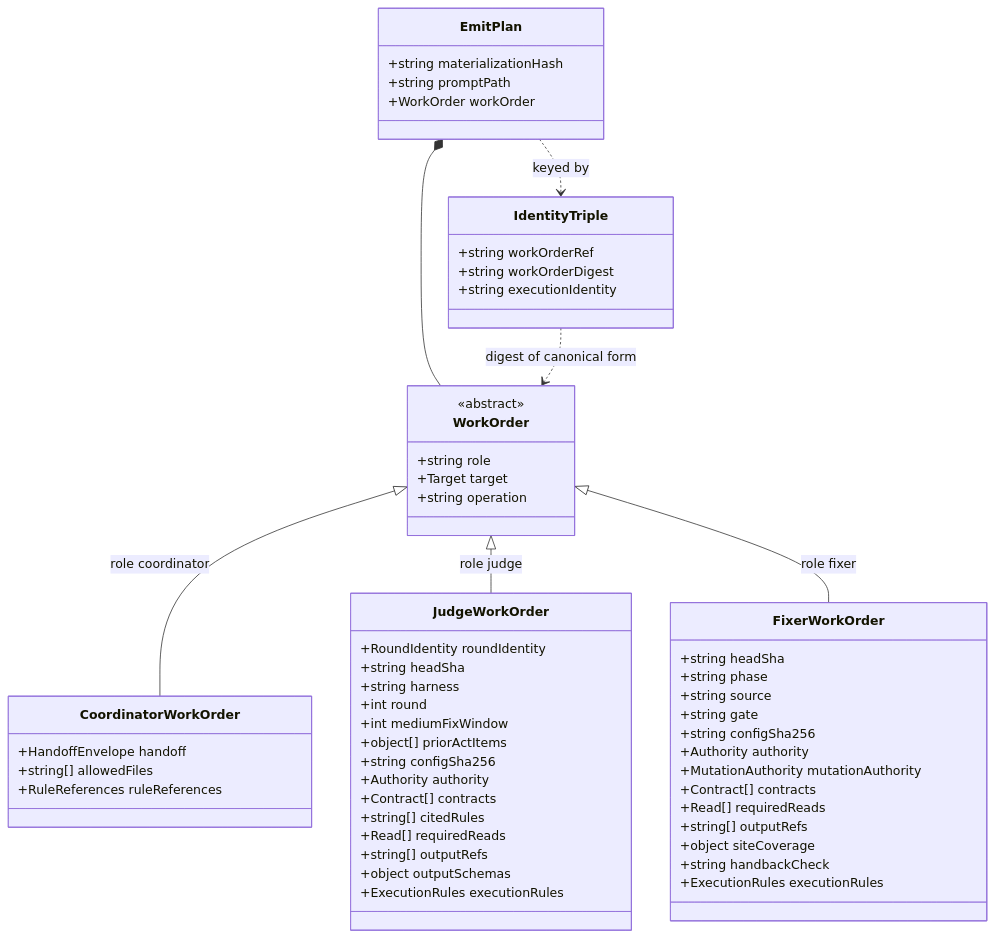
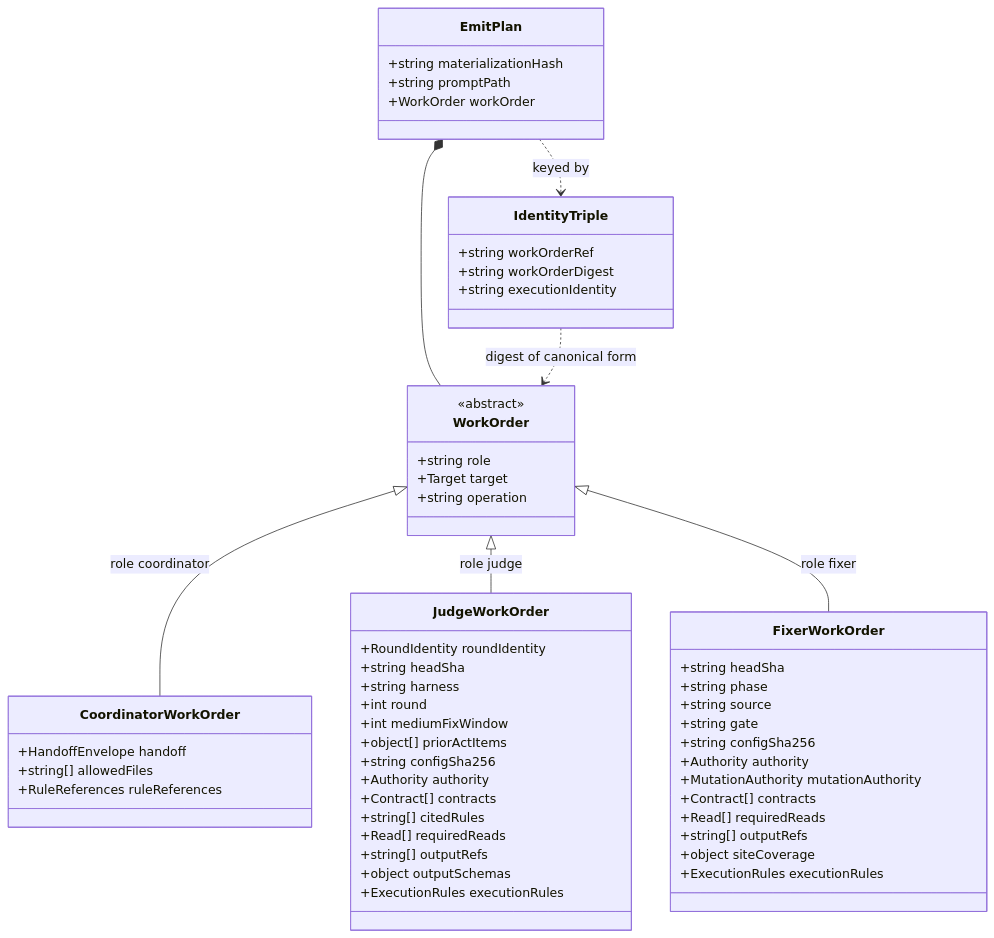
Before and after one commit to mfittko/dev-loops: the fifth of 13 diagrams in docs/atlas/02-data-model.md, drawn with Mermaid. The commit also changed 57 other files, not shown here.

````diff
--- a/docs/atlas/02-data-model.md
+++ b/docs/atlas/02-data-model.md
@@ -214,61 +214,60 @@
 ```mermaid
 classDiagram
     class WorkOrder {
         <<abstract>>
         +string role
         +Target target
         +string operation
     }
     class CoordinatorWorkOrder {
         +HandoffEnvelope handoff
         +string[] allowedFiles
         +RuleReferences ruleReferences
     }
     class JudgeWorkOrder {
         +RoundIdentity roundIdentity
         +string headSha
         +string harness
         +int round
         +int mediumFixWindow
         +object[] priorActItems
         +string configSha256
         +Authority authority
         +Contract[] contracts
         +string[] citedRules
         +Read[] requiredReads
         +string[] outputRefs
         +object outputSchemas
         +ExecutionRules executionRules
     }
     class FixerWorkOrder {
         +string headSha
         +string phase
         +string source
         +string gate
         +string configSha256
         +Authority authority
         +MutationAuthority mutationAuthority
         +Contract[] contracts
         +Read[] requiredReads
         +string[] outputRefs
         +object siteCoverage
-        +string handbackCheck
         +ExecutionRules executionRules
     }
     class IdentityTriple {
         +string workOrderRef
         +string workOrderDigest
         +string executionIdentity
     }
     class EmitPlan {
         +string materializationHash
         +string promptPath
         +WorkOrder workOrder
     }
     WorkOrder <|-- CoordinatorWorkOrder : role coordinator
     WorkOrder <|-- JudgeWorkOrder : role judge
     WorkOrder <|-- FixerWorkOrder : role fixer
     EmitPlan *-- WorkOrder
     EmitPlan ..> IdentityTriple : keyed by
     IdentityTriple ..> WorkOrder : digest of canonical form
 ```
````
